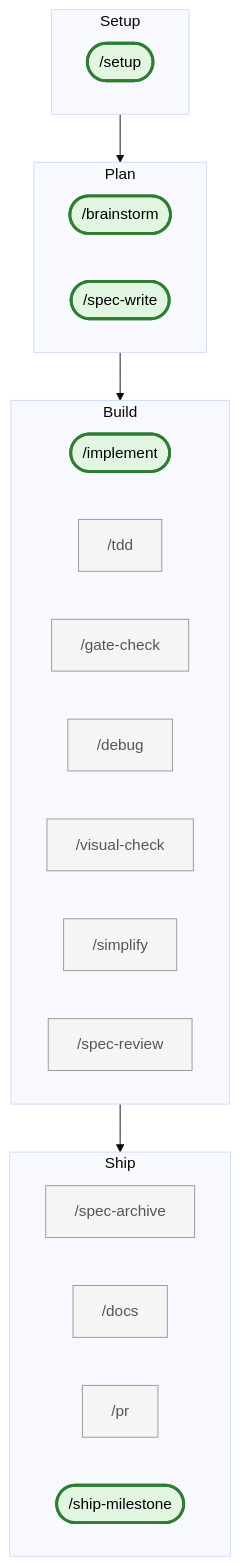
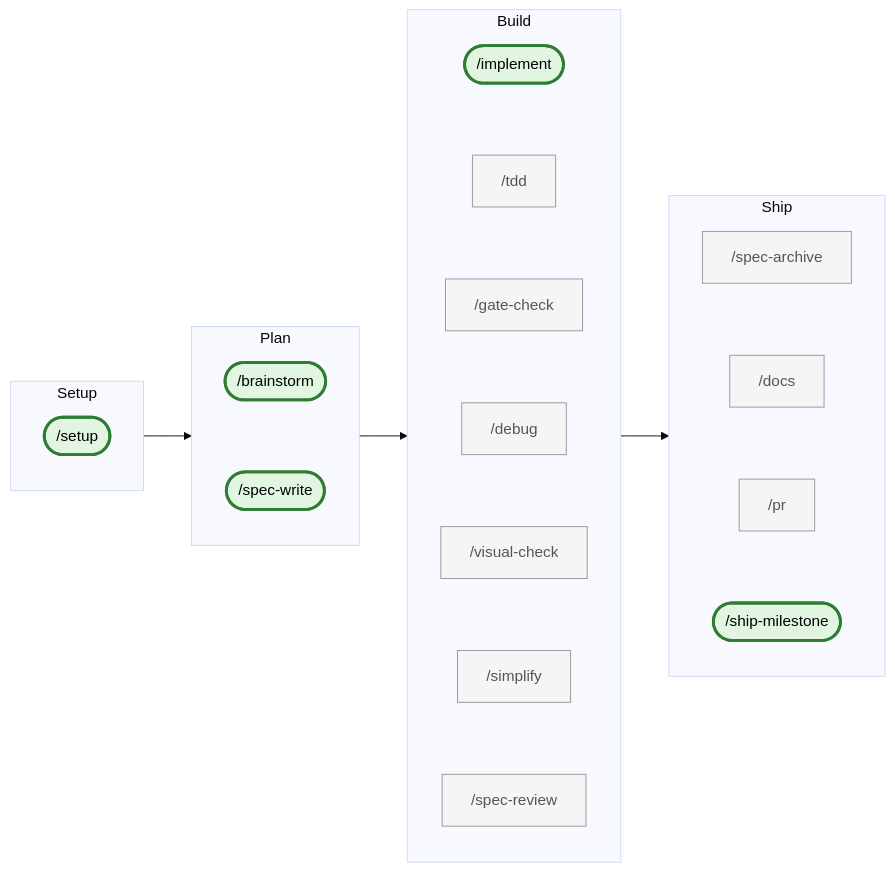
One commit to nesquikm/dev-process-toolkit changed the diagram in README.md. Above: the diagram before and after it, drawn with Mermaid (base theme). The commit also changed other lines of this file, not shown here.

Commit message:
docs(readme): add Features section and switch workflow chart to LR

````diff
--- a/README.md
+++ b/README.md
@@ -27,30 +41,44 @@
 ```mermaid
-flowchart TD
+flowchart LR
     classDef spine fill:#e1f5e1,stroke:#2e7d32,stroke-width:3px,color:#000
     classDef secondary fill:#f5f5f5,stroke:#999,stroke-width:1px,color:#555
     subgraph Setup
+        direction TB
         setup(["/setup"]):::spine
     end
     subgraph Plan
+        direction TB
         brainstorm(["/brainstorm"]):::spine
         spec_write(["/spec-write"]):::spine
+        brainstorm ~~~ spec_write
     end
     subgraph Build
+        direction TB
         implement(["/implement"]):::spine
         tdd["/tdd"]:::secondary
         gate_check["/gate-check"]:::secondary
         debug["/debug"]:::secondary
         visual_check["/visual-check"]:::secondary
         simplify["/simplify"]:::secondary
         spec_review["/spec-review"]:::secondary
+        implement ~~~ tdd
+        tdd ~~~ gate_check
+        gate_check ~~~ debug
+        debug ~~~ visual_check
+        visual_check ~~~ simplify
+        simplify ~~~ spec_review
     end
     subgraph Ship
+        direction TB
         spec_archive["/spec-archive"]:::secondary
         docs["/docs"]:::secondary
         pr["/pr"]:::secondary
         ship_milestone(["/ship-milestone"]):::spine
+        spec_archive ~~~ docs
+        docs ~~~ pr
+        pr ~~~ ship_milestone
     end
     Setup --> Plan
     Plan --> Build
     Build --> Ship
 ```
````
